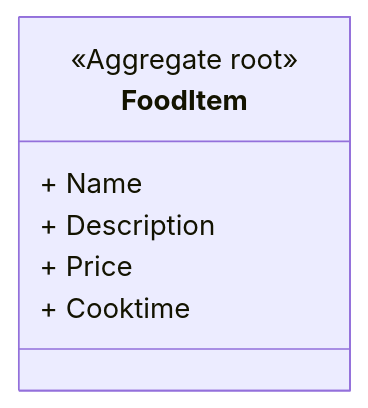
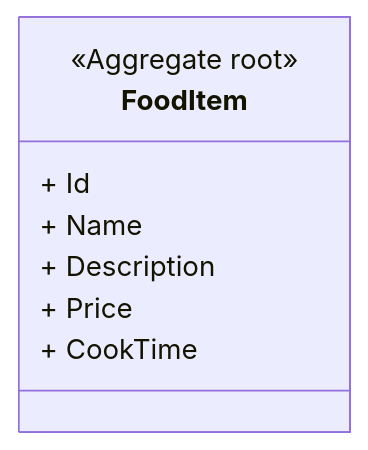
The diagram in Lab3/docs/0.mmd (fatimamatieva/DAT240_ASSIGNMENTS), drawn with Mermaid before and after one commit. The commit also changed 15 other files, not shown here.

```diff
--- a/Lab3/docs/0.mmd
+++ b/Lab3/docs/0.mmd
@@ -1,9 +1,10 @@
  
 classDiagram
     class FoodItem{
         <<Aggregate root>>
+        + Id
         + Name
         + Description
         + Price
-        + Cooktime
+        + CookTime
     }
```
